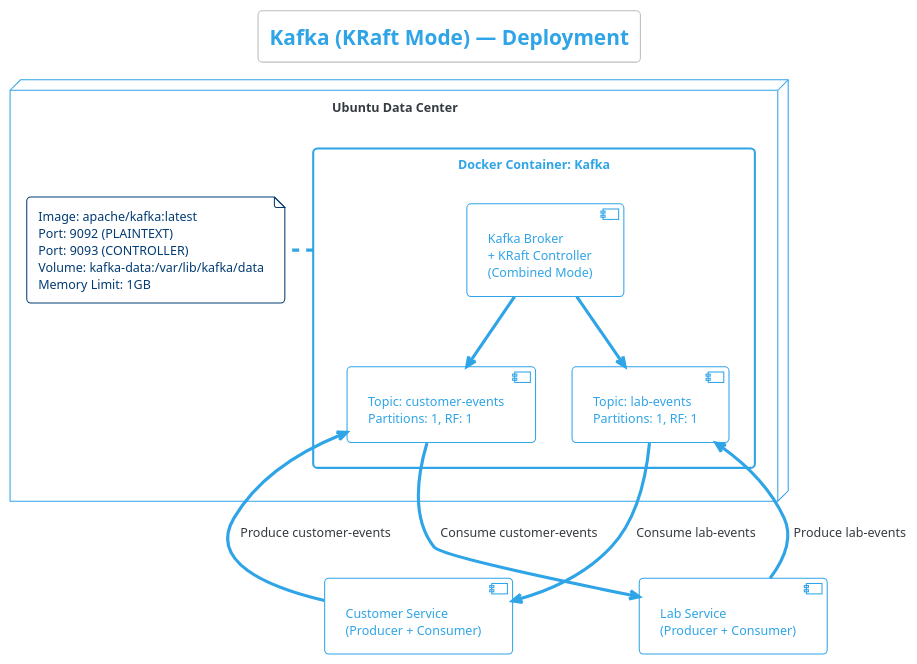
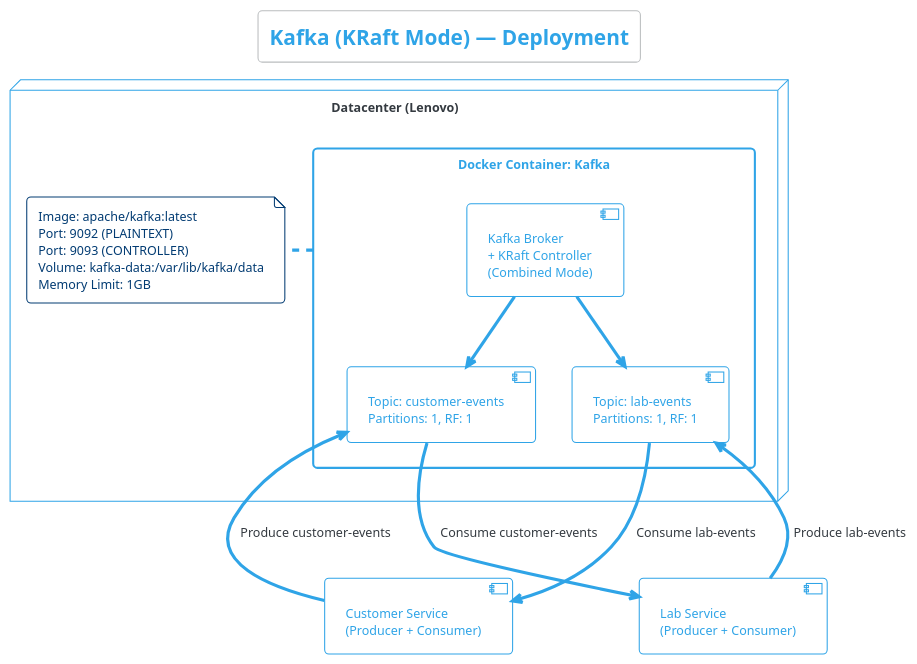
One commit to OnesDevOps/devops-training-lab changed the fifth of 7 diagrams in docs/component-deep-dive.md. Above: the diagram before and after it, drawn with PlantUML. The commit also changed other lines of this file, not shown here.

````diff
--- a/docs/component-deep-dive.md
+++ b/docs/component-deep-dive.md
@@ -313,36 +315,36 @@
 ```plantuml
 @startuml kafka_kraft
 !theme cerulean-outline
 
 title Kafka (KRaft Mode) — Deployment
 
-node "Ubuntu Data Center" as dc {
+node "Datacenter (Lenovo)" as dc {
     
     rectangle "Docker Container: Kafka" as kafka_container {
         component [Kafka Broker\n+ KRaft Controller\n(Combined Mode)] as broker
         component [Topic: customer-events\nPartitions: 1, RF: 1] as t1
         component [Topic: lab-events\nPartitions: 1, RF: 1] as t2
         
         broker --> t1
         broker --> t2
     }
 
     note right of kafka_container
         Image: apache/kafka:latest
         Port: 9092 (PLAINTEXT)
         Port: 9093 (CONTROLLER)
         Volume: kafka-data:/var/lib/kafka/data
         Memory Limit: 1GB
     end note
 }
 
 component [Customer Service\n(Producer + Consumer)] as cs
 component [Lab Service\n(Producer + Consumer)] as ls
 
 cs --> t1 : Produce customer-events
 t2 --> cs : Consume lab-events
 ls --> t2 : Produce lab-events
 t1 --> ls : Consume customer-events
 
 @enduml
 ```
````
